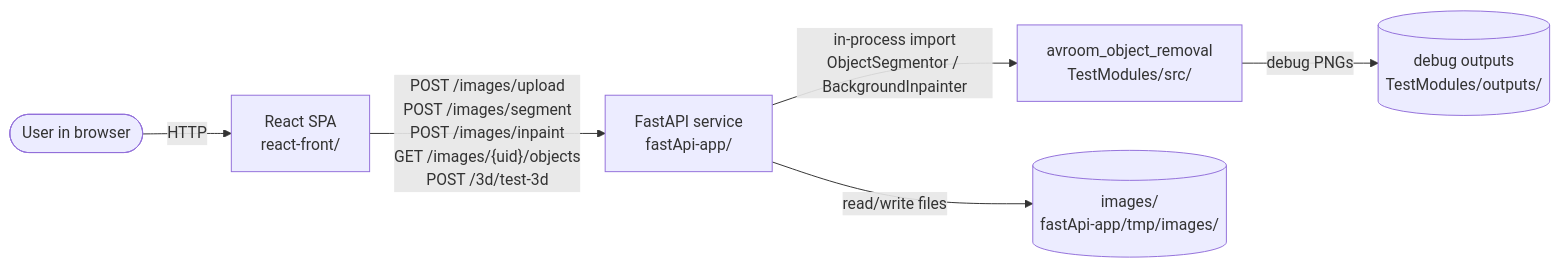
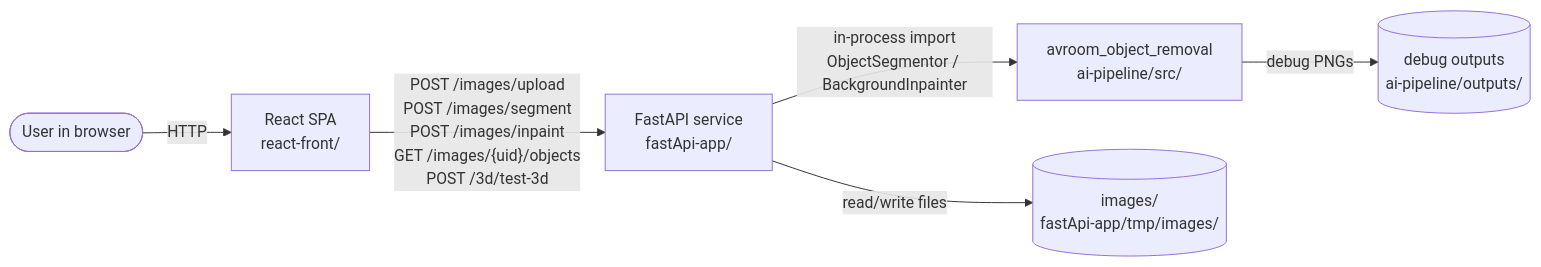
Before and after one commit to 1mache/avroom: the diagram in docs/architecture.md, drawn with Mermaid. The commit also changed other lines of this file and 229 other files, not shown here.

````diff
--- a/docs/architecture.md
+++ b/docs/architecture.md
@@ -7,15 +7,15 @@
 ```mermaid
 flowchart LR
     user(["User in browser"])
     spa["React SPA<br/>react-front/"]
     api["FastAPI service<br/>fastApi-app/"]
-    pipeline["avroom_object_removal<br/>TestModules/src/"]
+    pipeline["avroom_object_removal<br/>ai-pipeline/src/"]
     storage[("images/<br/>fastApi-app/tmp/images/")]
-    outputs[("debug outputs<br/>TestModules/outputs/")]
+    outputs[("debug outputs<br/>ai-pipeline/outputs/")]
 
     user -->|HTTP| spa
     spa -->|"POST /images/upload<br/>POST /images/segment<br/>POST /images/inpaint<br/>GET /images/{uid}/objects<br/>POST /3d/test-3d"| api
     api -->|read/write files| storage
     api -->|"in-process import<br/>ObjectSegmentor / BackgroundInpainter"| pipeline
     pipeline -->|debug PNGs| outputs
 ```
````
